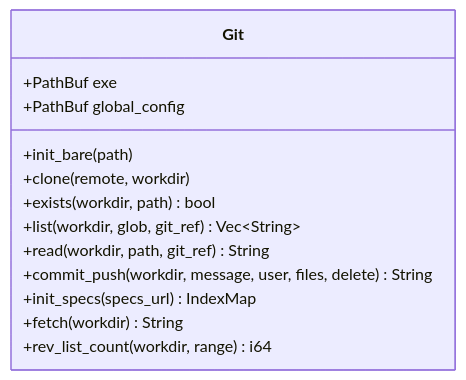
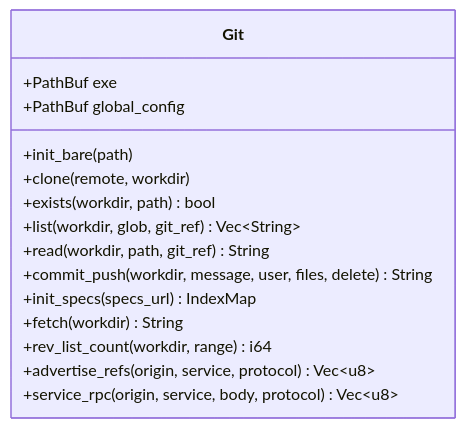
Before and after one commit to HoyoungParkme/syncdoc: the sixth of 6 diagrams in docs/specs/06-DOM/SYNC-DOM-004.md, drawn with Mermaid. The commit also changed other lines of this file, not shown here.

````diff
--- a/docs/specs/06-DOM/SYNC-DOM-004.md
+++ b/docs/specs/06-DOM/SYNC-DOM-004.md
@@ -632,16 +634,18 @@
 ```mermaid
 classDiagram
     class Git {
         +PathBuf exe
         +PathBuf global_config
         +init_bare(path)
         +clone(remote, workdir)
         +exists(workdir, path) bool
         +list(workdir, glob, git_ref) Vec~String~
         +read(workdir, path, git_ref) String
         +commit_push(workdir, message, user, files, delete) String
         +init_specs(specs_url) IndexMap
         +fetch(workdir) String
         +rev_list_count(workdir, range) i64
+        +advertise_refs(origin, service, protocol) Vec~u8~
+        +service_rpc(origin, service, body, protocol) Vec~u8~
     }
 ```
````
